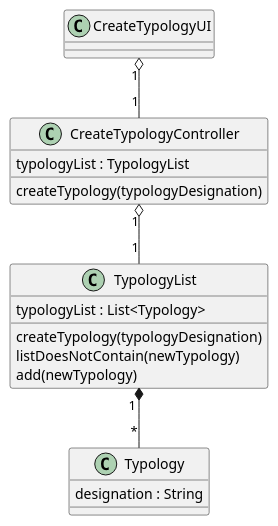
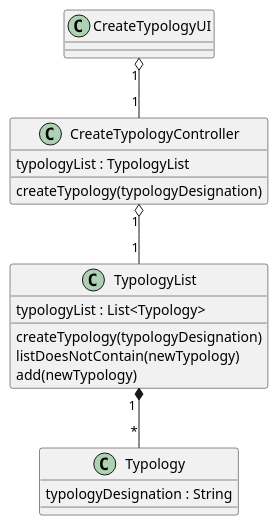
The diagram in docs/modelling_design/user_stories/us007/US007_CreateProjectTypologyCD.puml (ivo-menezes/project_g3), drawn with PlantUML before and after one commit.

Commit message:
US007 : Design : Corrected CreateProjectTypology CD

```diff
--- a/docs/modelling_design/user_stories/us007/US007_CreateProjectTypologyCD.puml
+++ b/docs/modelling_design/user_stories/us007/US007_CreateProjectTypologyCD.puml
@@ -1,27 +1,27 @@
 @startuml
 
 class CreateTypologyUI {
 }
 
 class CreateTypologyController {
 typologyList : TypologyList
 createTypology(typologyDesignation)
 }
 
 
 class TypologyList {
 typologyList : List<Typology>
 createTypology(typologyDesignation)
 listDoesNotContain(newTypology)
 add(newTypology)
 }
 
 class Typology {
-designation : String
+typologyDesignation : String
 }
 
 CreateTypologyUI "1" o-- "1" CreateTypologyController
 CreateTypologyController "1" o-- "1" TypologyList
 TypologyList "1 " *-- "    *" Typology
 
 @enduml
```
